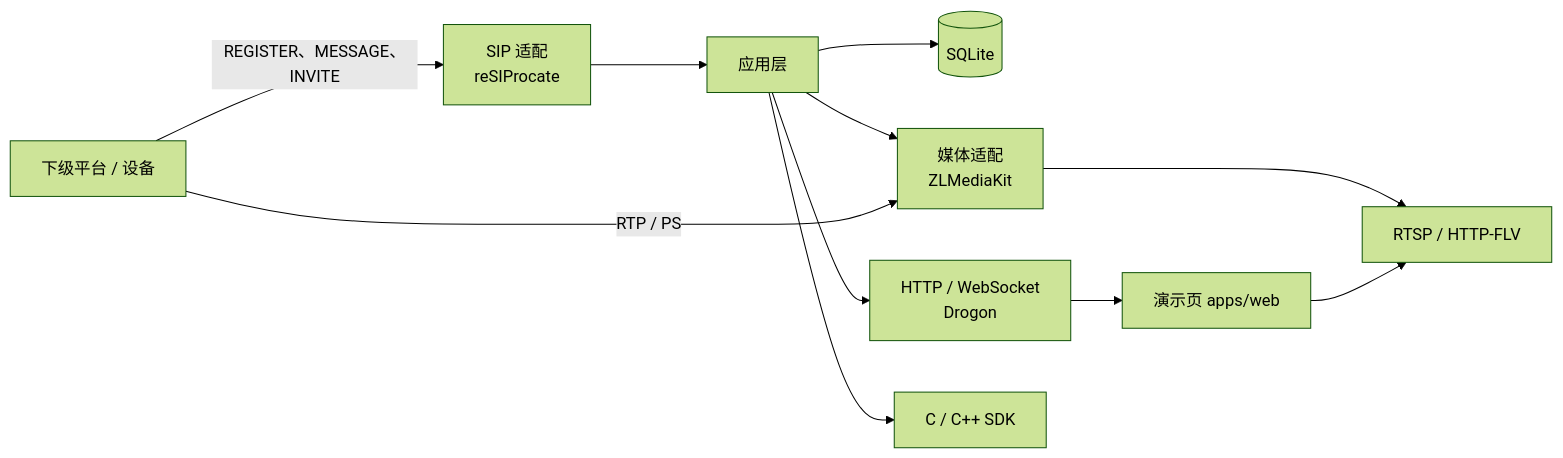
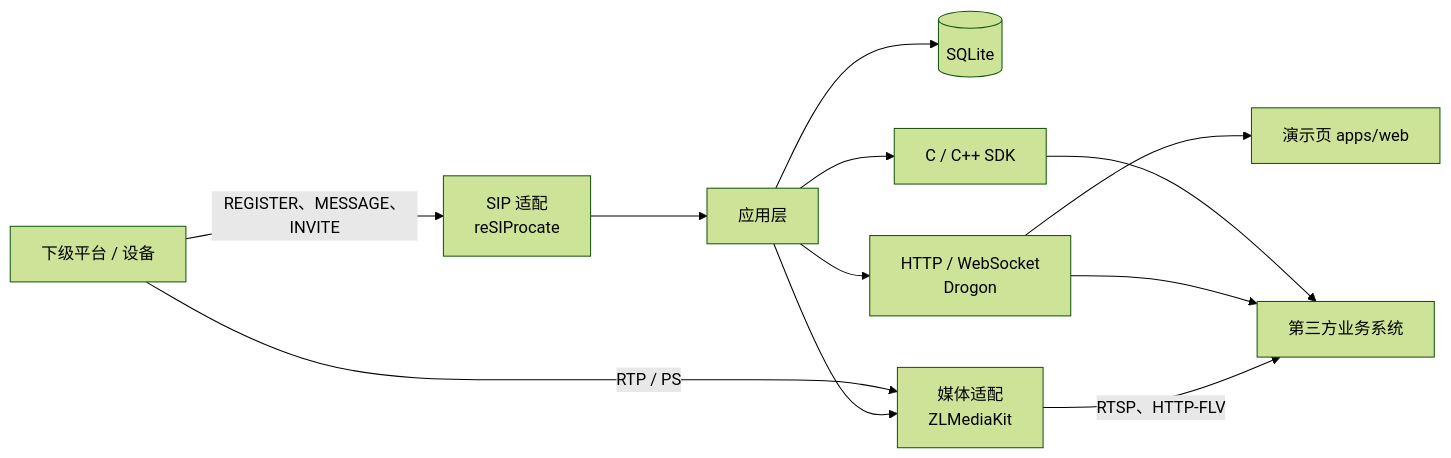
Before and after one commit to kay1ess/gb28181-gateway: the diagram in README.md, drawn with Mermaid (forest theme). The commit also changed other lines of this file and 1 other file, not shown here.

````diff
--- a/README.md
+++ b/README.md
@@ -32,23 +32,24 @@
 ```mermaid
 flowchart LR
   lower["下级平台 / 设备"]
   sip["SIP 适配<br/>reSIProcate"]
   app["应用层"]
   db[("SQLite")]
   media["媒体适配<br/>ZLMediaKit"]
   api["HTTP / WebSocket<br/>Drogon"]
   sdk["C / C++ SDK"]
+  biz["第三方业务系统"]
   web["演示页 apps/web"]
-  play["RTSP / HTTP-FLV"]
 
   lower -->|"REGISTER、MESSAGE、INVITE"| sip
   sip --> app
   app --> db
   app --> media
   lower -->|"RTP / PS"| media
-  media --> play
+  media -->|"RTSP、HTTP-FLV"| biz
   app --> api
+  app --> sdk
+  api --> biz
+  sdk --> biz
   api --> web
-  web --> play
-  app --> sdk
 ```
````
